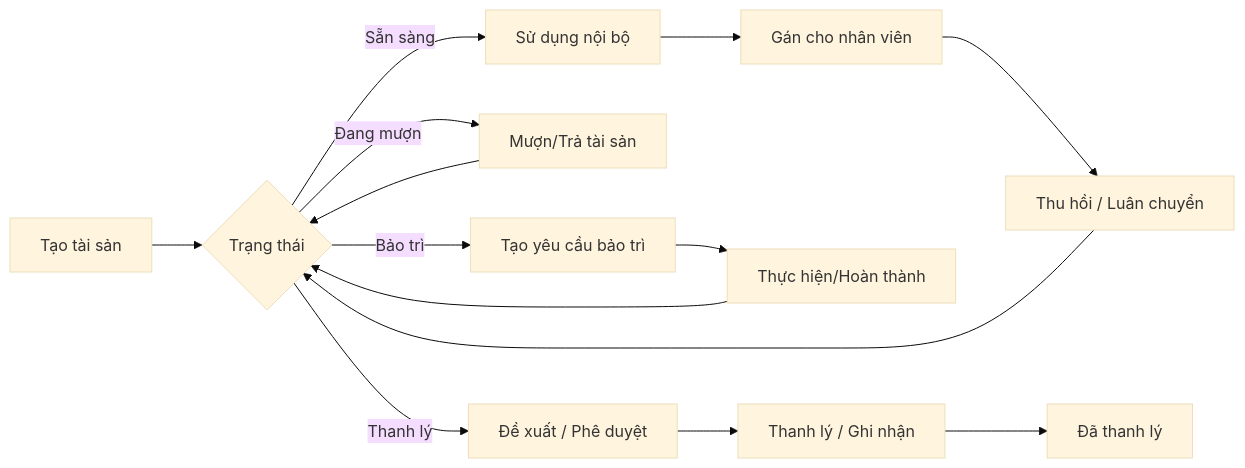
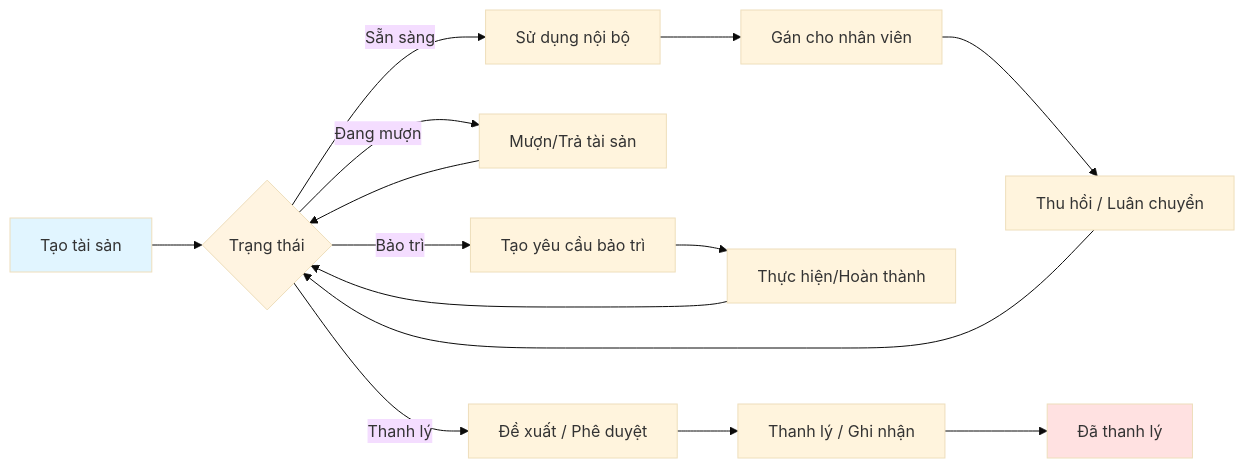
One commit to lamngoctuu18/TTDN-16-01-N6 changed the second of 11 diagrams in README.md. Above: the diagram before and after it, drawn with Mermaid (base theme). The commit also changed other lines of this file and 24 other files, not shown here.

````diff
--- a/README.md
+++ b/README.md
@@ -224,16 +377,20 @@
 ```mermaid
 flowchart LR
     A[Tạo tài sản] --> B{Trạng thái}
     B -->|Sẵn sàng| C[Sử dụng nội bộ]
     C --> D[Gán cho nhân viên]
     D --> E[Thu hồi / Luân chuyển]
     E --> B
     B -->|Đang mượn| F[Mượn/Trả tài sản]
     F --> B
     B -->|Bảo trì| G[Tạo yêu cầu bảo trì]
     G --> H[Thực hiện/Hoàn thành]
     H --> B
     B -->|Thanh lý| I[Đề xuất / Phê duyệt]
     I --> J[Thanh lý / Ghi nhận]
     J --> K[Đã thanh lý]
+    
+    style A fill:#e1f5ff
+    style K fill:#ffe1e1
+    style B fill:#fff4e1
 ```
````
